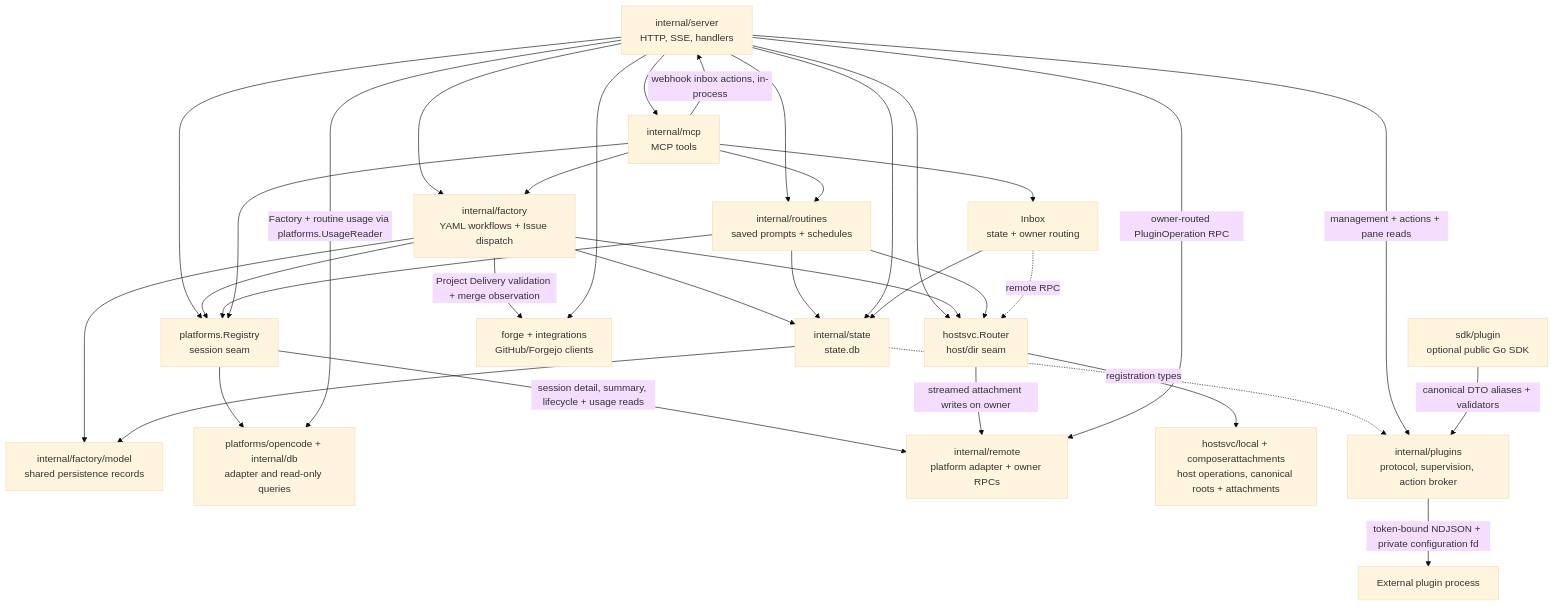
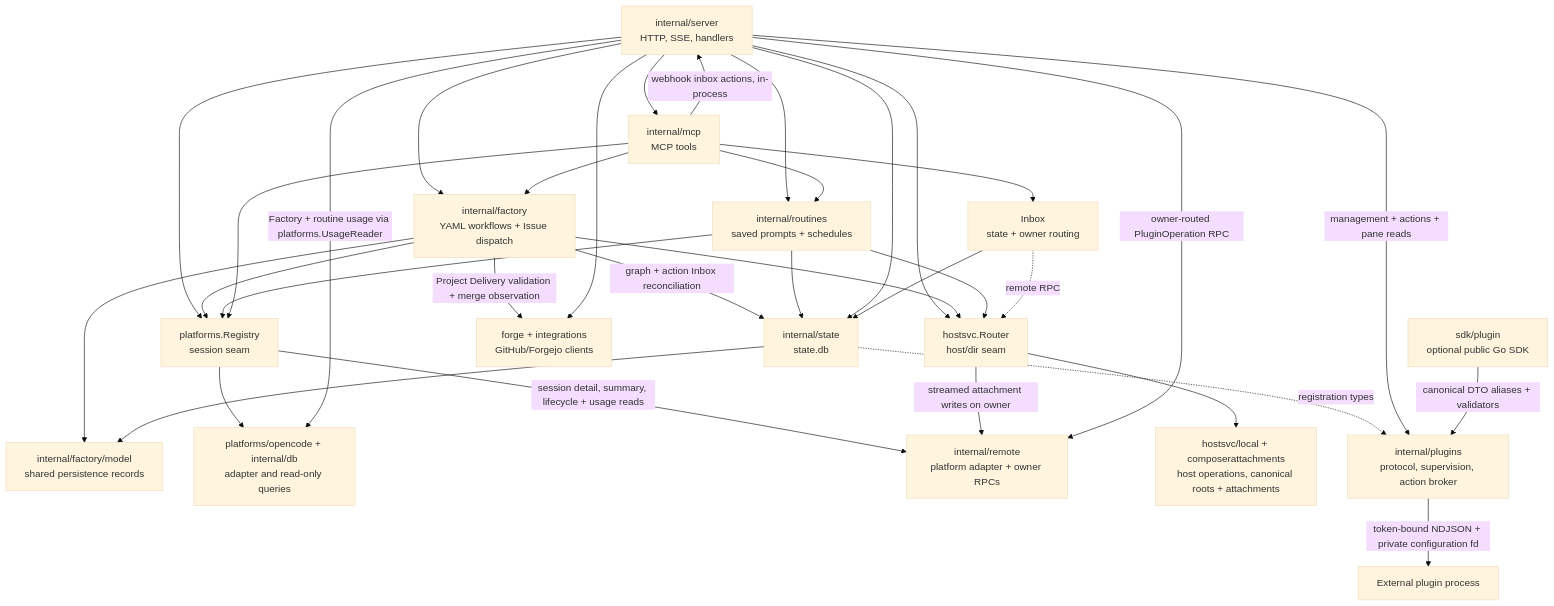
One commit to ocman/ocman changed the third of 5 diagrams in docs/other/architecture.md. Above: the diagram before and after it, drawn with Mermaid (base theme). The commit also changed other lines of this file and 14 other files, not shown here.

````diff
--- a/docs/other/architecture.md
+++ b/docs/other/architecture.md
@@ -175,36 +175,36 @@
 ```mermaid
 flowchart TD
     Server[internal/server<br/>HTTP, SSE, handlers] --> Registry[platforms.Registry<br/>session seam]
     Server --> Router[hostsvc.Router<br/>host/dir seam]
     Server --> Routines[internal/routines<br/>saved prompts + schedules]
     Server --> Factory[internal/factory<br/>YAML workflows + Issue dispatch]
     Factory --> FactoryModel[internal/factory/model<br/>shared persistence records]
-    Factory --> State
+    Factory -->|graph + action Inbox reconciliation| State
     State --> FactoryModel
     Factory --> Registry
     Factory --> Router
     Factory -->|Project Delivery validation + merge observation| Forge
     Routines --> Registry
     Routines --> Router
     Routines --> State
     Server --> MCP[internal/mcp<br/>MCP tools]
     MCP --> Factory
     MCP --> Inbox[Inbox<br/>state + owner routing]
     MCP --> Routines
     MCP -->|webhook inbox actions, in-process| Server
     MCP --> Registry
     Registry --> OC[platforms/opencode + internal/db<br/>adapter and read-only queries]
     Server -->|Factory + routine usage via platforms.UsageReader| OC
     Registry -->|session detail, summary, lifecycle + usage reads| RP[internal/remote<br/>platform adapter + owner RPCs]
     Router --> Local[hostsvc/local + composerattachments<br/>host operations, canonical roots + attachments]
     Router -->|streamed attachment writes on owner| RP
     Server --> State[internal/state<br/>state.db]
     Inbox --> State
     Inbox -.->|remote RPC| Router
     Server --> Forge[forge + integrations<br/>GitHub/Forgejo clients]
     State -.->|registration types| Plugins[internal/plugins<br/>protocol, supervision, action broker]
     Server -->|management + actions + pane reads| Plugins
     Plugins -->|token-bound NDJSON + private configuration fd| PluginExec[External plugin process]
     Server -->|owner-routed PluginOperation RPC| RP
     PluginSDK[sdk/plugin<br/>optional public Go SDK] -->|canonical DTO aliases + validators| Plugins
 ```
````
